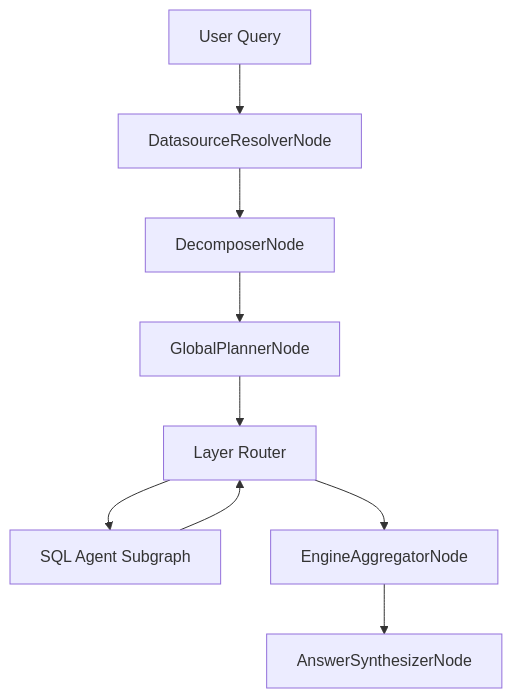
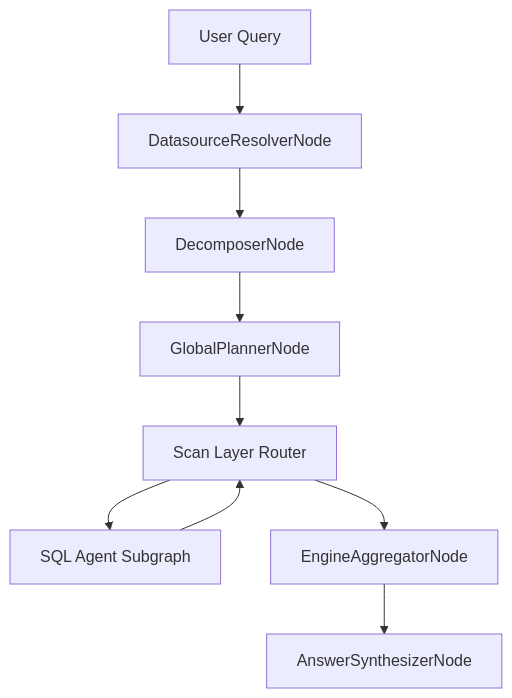
Before and after one commit to nadeem4/nl2sql: the diagram in docs/index.md, drawn with Mermaid. The commit also changed other lines of this file and 46 other files, not shown here.

First line of the commit message:
feat: expand documentation and architecture details for NL2SQL

````diff
--- a/docs/index.md
+++ b/docs/index.md
@@ -13,11 +27,11 @@
 ```mermaid
 flowchart TD
     User[User Query] --> Resolver[DatasourceResolverNode]
     Resolver --> Decomposer[DecomposerNode]
     Decomposer --> Planner[GlobalPlannerNode]
-    Planner --> Router[Layer Router]
+    Planner --> Router[Scan Layer Router]
     Router --> Subgraph[SQL Agent Subgraph]
     Subgraph --> Router
     Router --> Aggregator[EngineAggregatorNode]
     Aggregator --> Synthesizer[AnswerSynthesizerNode]
 ```
````
